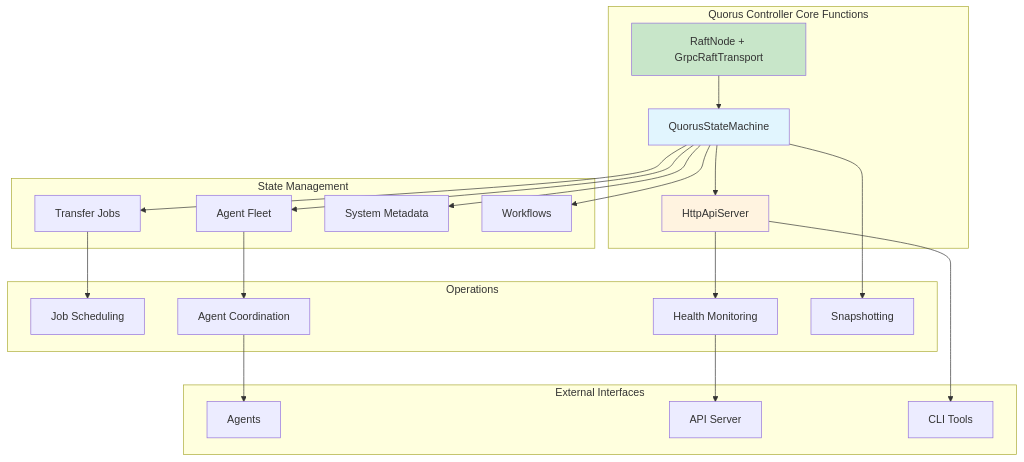
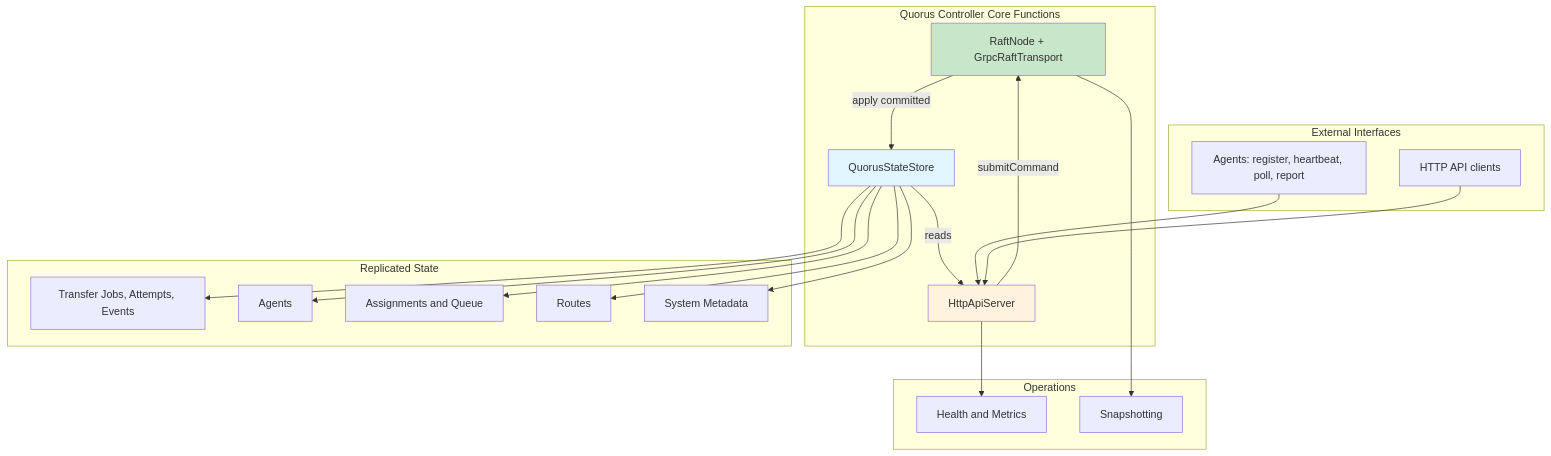
Before and after one commit to mraysmit/quorus: the sixth of 11 diagrams in docs-design/design/QUORUS_SYSTEM_DESIGN.md, drawn with Mermaid. The commit also changed other lines of this file and 50 other files, not shown here.

````diff
--- a/docs-design/design/QUORUS_SYSTEM_DESIGN.md
+++ b/docs-design/design/QUORUS_SYSTEM_DESIGN.md
@@ -1605,49 +1019,46 @@
 ```mermaid
 graph TB
     subgraph "Quorus Controller Core Functions"
         RAFT[RaftNode + GrpcRaftTransport]
-        SM[QuorusStateMachine]
+        SM[QuorusStateStore]
         API[HttpApiServer]
 
-        RAFT --> SM
-        SM --> API
+        API -->|submitCommand| RAFT
+        RAFT -->|apply committed| SM
+        SM -->|reads| API
     end
 
-    subgraph "State Management"
-        TJ[Transfer Jobs]
-        AG[Agent Fleet]
+    subgraph "Replicated State"
+        TJ[Transfer Jobs, Attempts, Events]
+        AG[Agents]
+        AS[Assignments and Queue]
+        RT[Routes]
         SYS[System Metadata]
-        WF[Workflows]
 
         SM --> TJ
         SM --> AG
+        SM --> AS
+        SM --> RT
         SM --> SYS
-        SM --> WF
     end
 
     subgraph "Operations"
-        SCHED[Job Scheduling]
-        COORD[Agent Coordination]
-        MON[Health Monitoring]
+        MON[Health and Metrics]
         SNAP[Snapshotting]
 
-        TJ --> SCHED
-        AG --> COORD
         API --> MON
-        SM --> SNAP
+        RAFT --> SNAP
     end
 
     subgraph "External Interfaces"
-        AGENTS[Agents]
-        APISVR[API Server]
-        CLI[CLI Tools]
+        AGENTS[Agents: register, heartbeat, poll, report]
+        CLIENTS[HTTP API clients]
 
-        COORD --> AGENTS
-        MON --> APISVR
-        API --> CLI
+        AGENTS --> API
+        CLIENTS --> API
     end
 
     style RAFT fill:#c8e6c9
     style SM fill:#e1f5fe
     style API fill:#fff3e0
 ```
````
